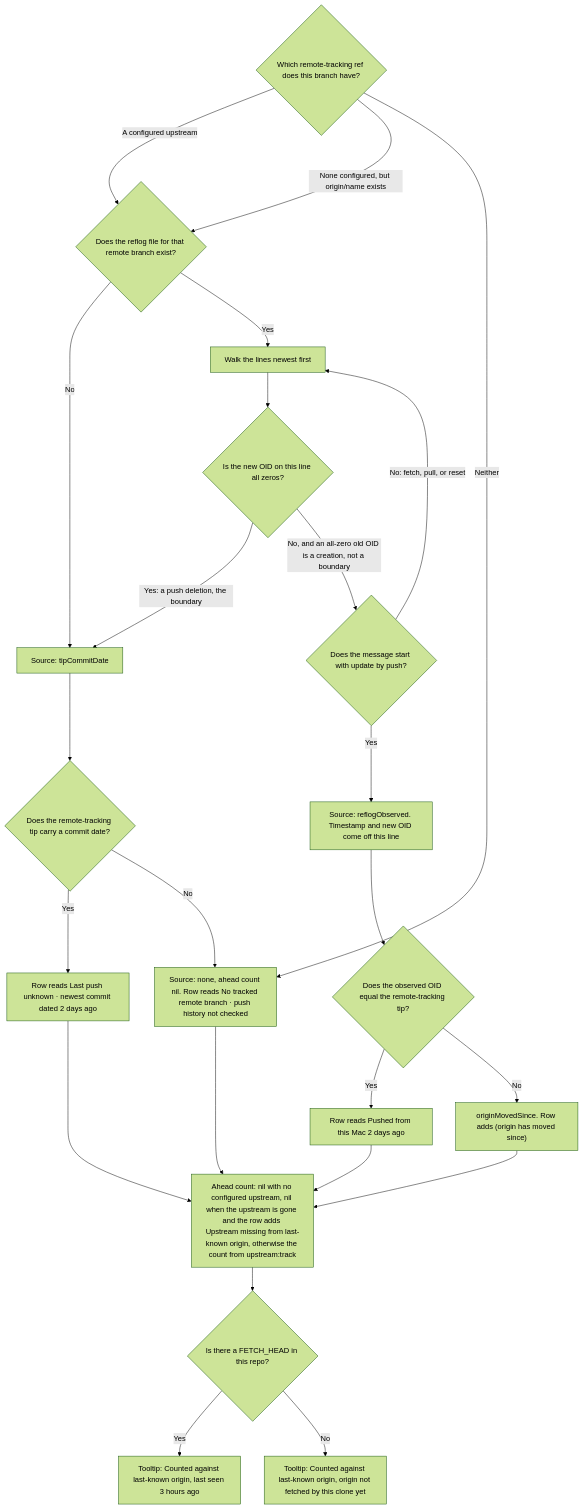
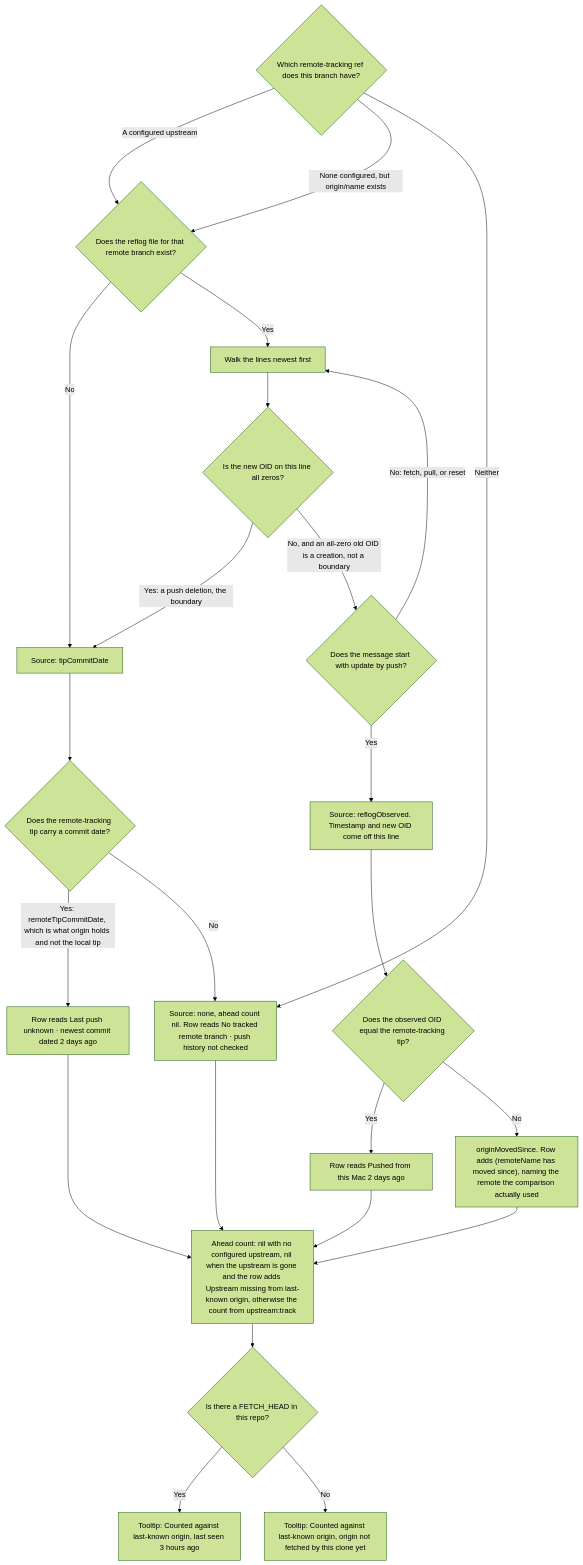
One commit to hannahstulberg/branchbar changed the third of 6 diagrams in ARCHITECTURE.md. Above: the diagram before and after it, drawn with Mermaid (forest theme). The commit also changed other lines of this file and 8 other files, not shown here.

````diff
--- a/ARCHITECTURE.md
+++ b/ARCHITECTURE.md
@@ -101,27 +119,27 @@
 ```mermaid
 graph TD
     A{"Which remote-tracking ref does this branch have?"} -->|"A configured upstream"| B
     A -->|"None configured, but origin/name exists"| B
     A -->|"Neither"| A1["Source: none, ahead count nil. Row reads No tracked remote branch · push history not checked"]
     B{"Does the reflog file for that remote branch exist?"}
     B -->|"No"| F["Source: tipCommitDate"]
     B -->|"Yes"| C["Walk the lines newest first"]
     C --> D{"Is the new OID on this line all zeros?"}
     D -->|"Yes: a push deletion, the boundary"| F
     D -->|"No, and an all-zero old OID is a creation, not a boundary"| E{"Does the message start with update by push?"}
     E -->|"No: fetch, pull, or reset"| C
     E -->|"Yes"| G["Source: reflogObserved. Timestamp and new OID come off this line"]
     G --> H{"Does the observed OID equal the remote-tracking tip?"}
     H -->|"Yes"| I["Row reads Pushed from this Mac 2 days ago"]
-    H -->|"No"| J["originMovedSince. Row adds (origin has moved since)"]
+    H -->|"No"| J["originMovedSince. Row adds (remoteName has moved since), naming the remote the comparison actually used"]
     F --> K{"Does the remote-tracking tip carry a commit date?"}
-    K -->|"Yes"| L["Row reads Last push unknown · newest commit dated 2 days ago"]
+    K -->|"Yes: remoteTipCommitDate, which is what origin holds and not the local tip"| L["Row reads Last push unknown · newest commit dated 2 days ago"]
     K -->|"No"| A1
     A1 --> M["Ahead count: nil with no configured upstream, nil when the upstream is gone and the row adds Upstream missing from last-known origin, otherwise the count from upstream:track"]
     J --> M
     I --> M
     L --> M
     M --> N{"Is there a FETCH_HEAD in this repo?"}
     N -->|"Yes"| N1["Tooltip: Counted against last-known origin, last seen 3 hours ago"]
     N -->|"No"| N2["Tooltip: Counted against last-known origin, origin not fetched by this clone yet"]
 ```
````
